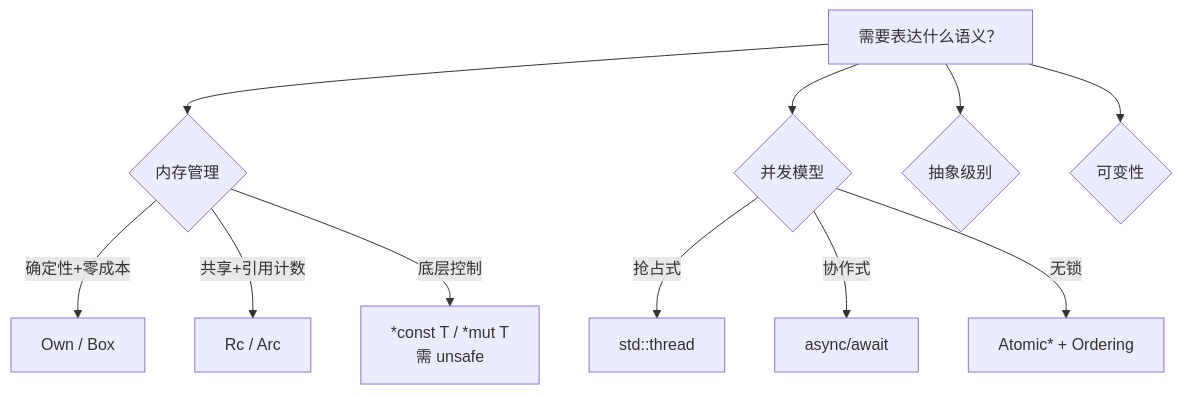
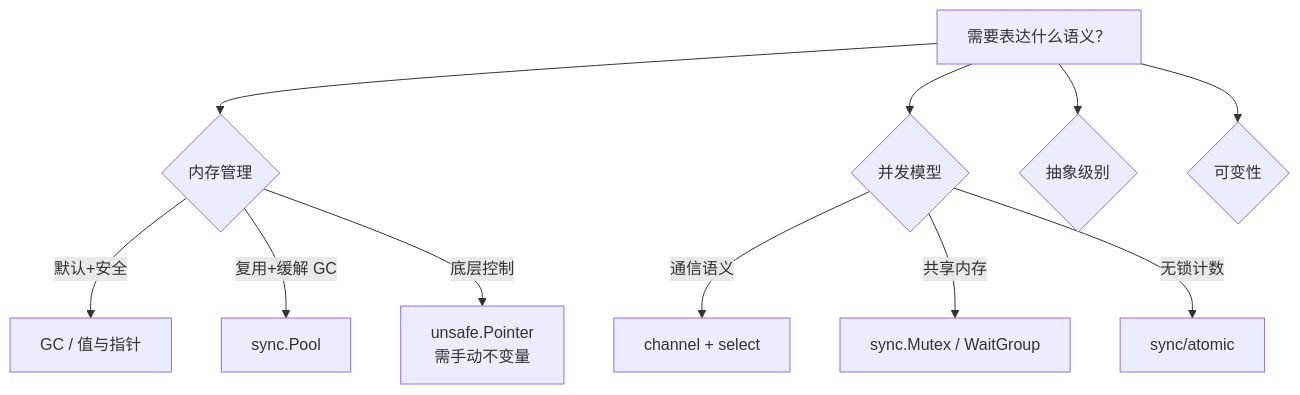
One commit to AdaMartin18010/golang changed the second of 5 diagrams in .kimi/templates/kimi_semantic_space_page_template.md. Above: the diagram before and after it, drawn with Mermaid. The commit also changed other lines of this file and 86 other files, not shown here.

````diff
--- a/.kimi/templates/kimi_semantic_space_page_template.md
+++ b/.kimi/templates/kimi_semantic_space_page_template.md
@@ -212,15 +240,15 @@
 ```mermaid
 flowchart TD
     START["需要表达什么语义？"] --> MEM{"内存管理"}
     START --> CONC{"并发模型"}
     START --> ABST{"抽象级别"}
     START --> MUT{"可变性"}
 
-    MEM -->|确定性+零成本| OWN["Own / Box"]
-    MEM -->|共享+引用计数| RC["Rc / Arc"]
-    MEM -->|底层控制| RAW["*const T / *mut T<br/>需 unsafe"]
+    MEM -->|默认+安全| GC["GC / 值与指针"]
+    MEM -->|复用+缓解 GC| POOL["sync.Pool"]
+    MEM -->|底层控制| RAW["unsafe.Pointer<br/>需手动不变量"]
 
-    CONC -->|抢占式| THREAD["std::thread"]
-    CONC -->|协作式| ASYNC["async/await"]
-    CONC -->|无锁| ATOMIC["Atomic* + Ordering"]
+    CONC -->|通信语义| CHAN["channel + select"]
+    CONC -->|共享内存| SYNC["sync.Mutex / WaitGroup"]
+    CONC -->|无锁计数| ATOMIC["sync/atomic"]
 ```
````
